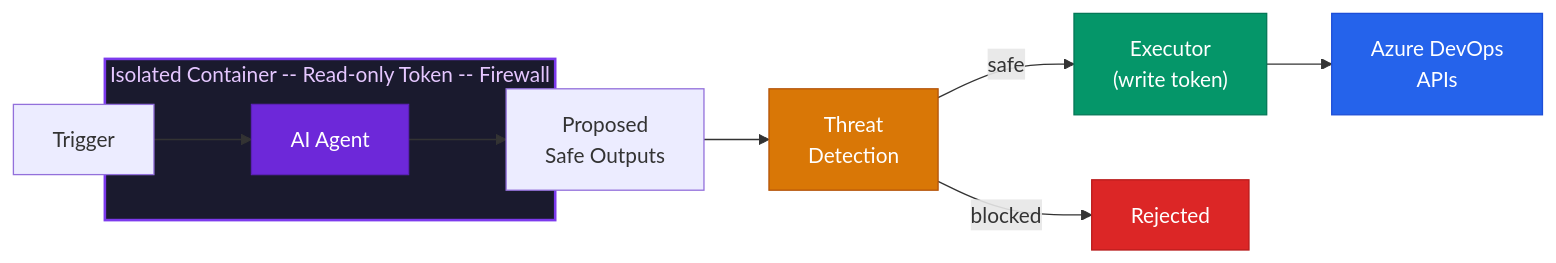
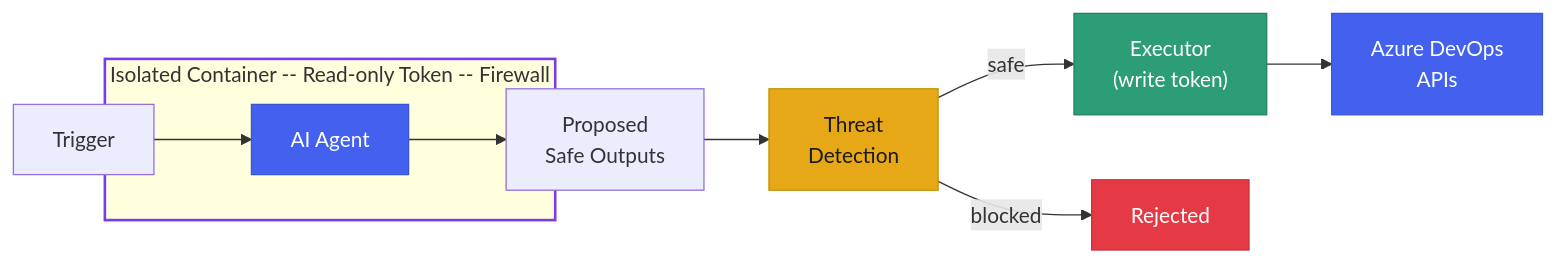
Before and after one commit to githubnext/ado-aw: the diagram in docs-site/src/content/docs/index.mdx, drawn with Mermaid. The commit also changed other lines of this file and 2 other files, not shown here.

````diff
--- a/docs-site/src/content/docs/index.mdx
+++ b/docs-site/src/content/docs/index.mdx
@@ -67,19 +67,19 @@
 ```mermaid
 flowchart LR
     E["Trigger"] --> Agent
     subgraph Sandbox["Isolated Container -- Read-only Token -- Firewall"]
         Agent["AI Agent"]
     end
     Agent --> Output["Proposed\nSafe Outputs"]
     Output --> Detect["Threat\nDetection"]
     Detect -->|"safe"| Write["Executor\n(write token)"]
     Detect -->|"blocked"| Fail["Rejected"]
     Write --> ADO["Azure DevOps\nAPIs"]
 
-    style Sandbox fill:#1a1a2e,stroke:#7c3aed,stroke-width:2px,color:#e5c7ff
-    style Agent fill:#6d28d9,color:#fff,stroke:#5b21b6
-    style Detect fill:#d97706,color:#fff,stroke:#b45309
-    style Write fill:#059669,color:#fff,stroke:#047857
-    style Fail fill:#dc2626,color:#fff,stroke:#b91c1c
-    style ADO fill:#2563eb,color:#fff,stroke:#1d4ed8
+    style Sandbox stroke:#7c3aed,stroke-width:2px
+    style Agent fill:#4361ee,color:#fff,stroke:#3a56d4
+    style Detect fill:#e6a817,color:#1a1a1a,stroke:#c49000
+    style Write fill:#2d9d78,color:#fff,stroke:#238066
+    style Fail fill:#e63946,color:#fff,stroke:#c5303c
+    style ADO fill:#4361ee,color:#fff,stroke:#3a56d4
 ```
````
